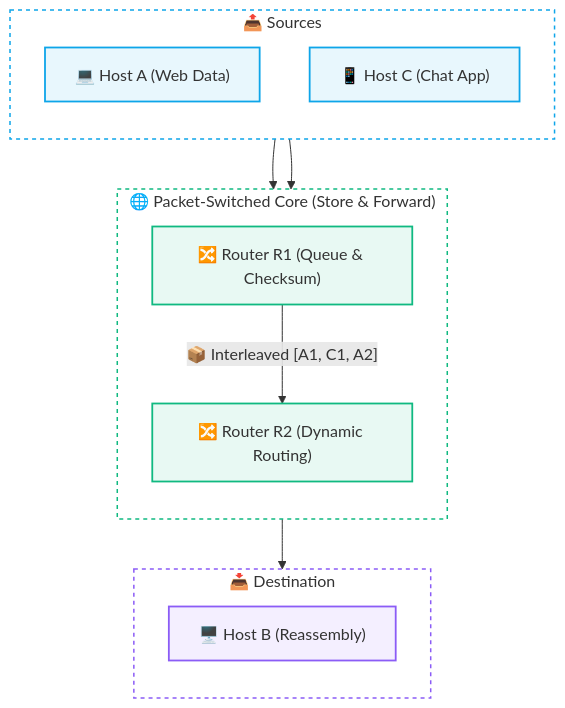
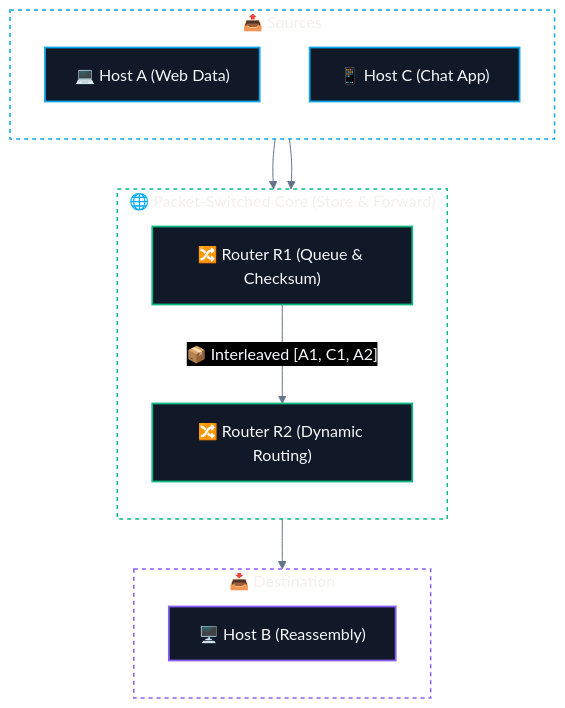
Before and after one commit to abhinavbharti2345/CS_Notes: the second of 4 diagrams in CS/Computer Networking/01. Architecture & Fundamentals/03. Switching Techniques - Packet vs Circuit.md, drawn with Mermaid. The commit also changed other lines of this file and 195 other files, not shown here.

````diff
--- a/CS/Computer Networking/01. Architecture & Fundamentals/03. Switching Techniques - Packet vs Circuit.md
+++ b/CS/Computer Networking/01. Architecture & Fundamentals/03. Switching Techniques - Packet vs Circuit.md
@@ -69,36 +70,37 @@
 ```mermaid
+%%{init: {'theme': 'base', 'themeVariables': { 'darkMode': true, 'background': '#0B0F14', 'mainBkg': '#111827', 'primaryColor': '#111827', 'primaryTextColor': '#F8FAFC', 'primaryBorderColor': '#38BDF8', 'lineColor': '#64748B', 'secondaryColor': '#0B0F14', 'tertiaryColor': '#0B0F14', 'clusterBkg': '#0B0F14', 'clusterBorder': '#38BDF8' }}}%%
 flowchart TD
     subgraph Senders ["📤 Sources"]
         direction TD
         H1["💻 Host A (Web Data)"]
         H2["📱 Host C (Chat App)"]
     end
 
     subgraph Core ["🌐 Packet-Switched Core (Store & Forward)"]
         direction TD
         R1["🔀 Router R1 (Queue & Checksum)"]
         R2["🔀 Router R2 (Dynamic Routing)"]
         R1 -->|"📦 Interleaved [A1, C1, A2]"| R2
     end
 
     subgraph Receiver ["📥 Destination"]
         direction TD
         HB["🖥️ Host B (Reassembly)"]
     end
 
     H1 --> R1
     H2 --> R1
     R2 --> HB
 
     style Senders fill:none,stroke:#0ea5e9,stroke-width:1.5px,stroke-dasharray:4 4
     style Core fill:none,stroke:#10b981,stroke-width:1.5px,stroke-dasharray:4 4
     style Receiver fill:none,stroke:#8b5cf6,stroke-width:1.5px,stroke-dasharray:4 4
 
-    classDef host fill:#0ea5e918,stroke:#0ea5e9,stroke-width:1.8px;
-    classDef router fill:#10b98118,stroke:#10b981,stroke-width:1.8px;
-    classDef dest fill:#8b5cf618,stroke:#8b5cf6,stroke-width:1.8px;
+    classDef host fill:#111827,stroke:#0ea5e9,stroke-width:1.8px,color:#F8FAFC;
+    classDef router fill:#111827,stroke:#10b981,stroke-width:1.8px,color:#F8FAFC;
+    classDef dest fill:#111827,stroke:#8b5cf6,stroke-width:1.8px,color:#F8FAFC;
 
     class H1,H2 host;
     class R1,R2 router;
     class HB dest;
 ```
````
